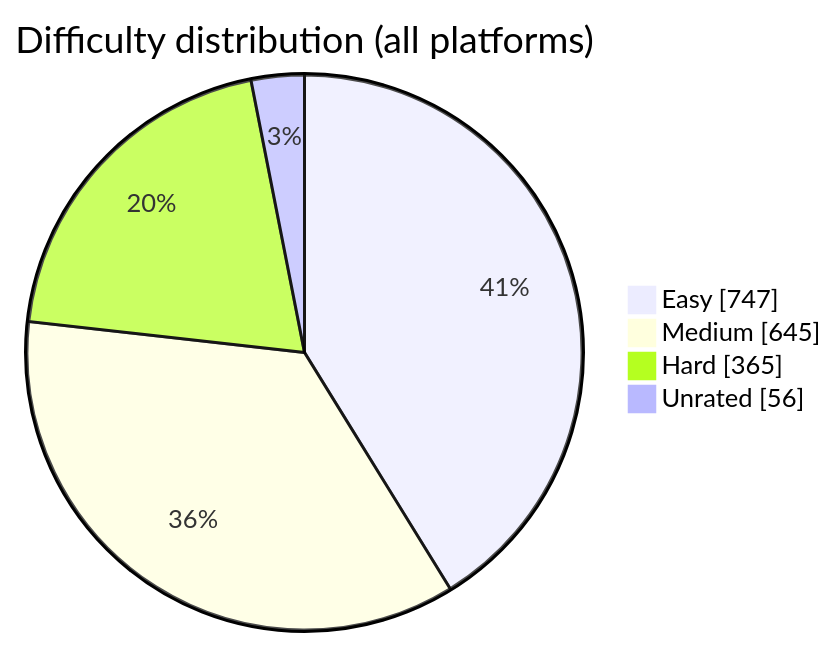
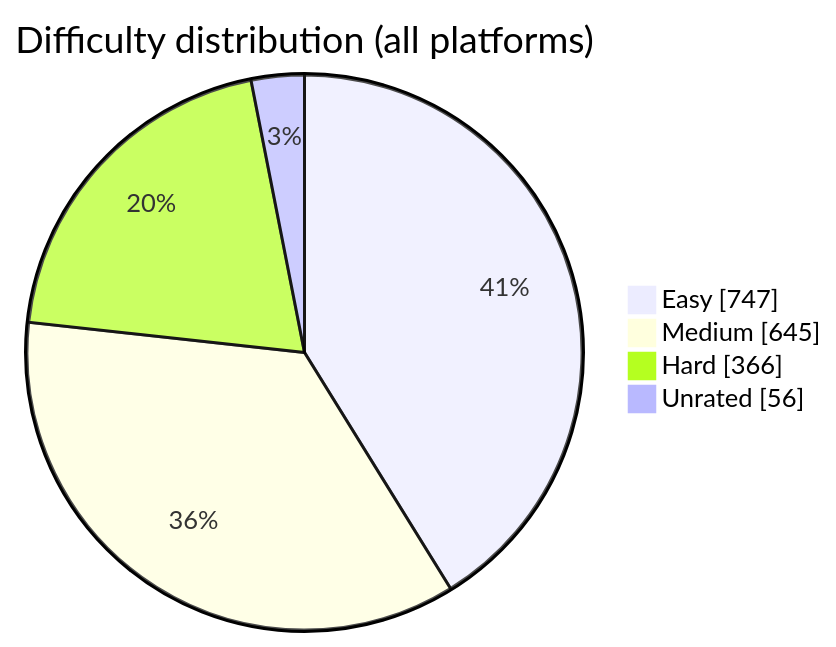
One commit to BuildbyArindam/Daily-Coding-Log changed the diagram in README.md. Above: the diagram before and after it, drawn with Mermaid. The commit also changed other lines of this file, not shown here.

````diff
--- a/README.md
+++ b/README.md
@@ -108,7 +108,7 @@
 ```mermaid
 pie showData title Difficulty distribution (all platforms)
     "Easy" : 747
     "Medium" : 645
-    "Hard" : 365
+    "Hard" : 366
     "Unrated" : 56
 ```
````
